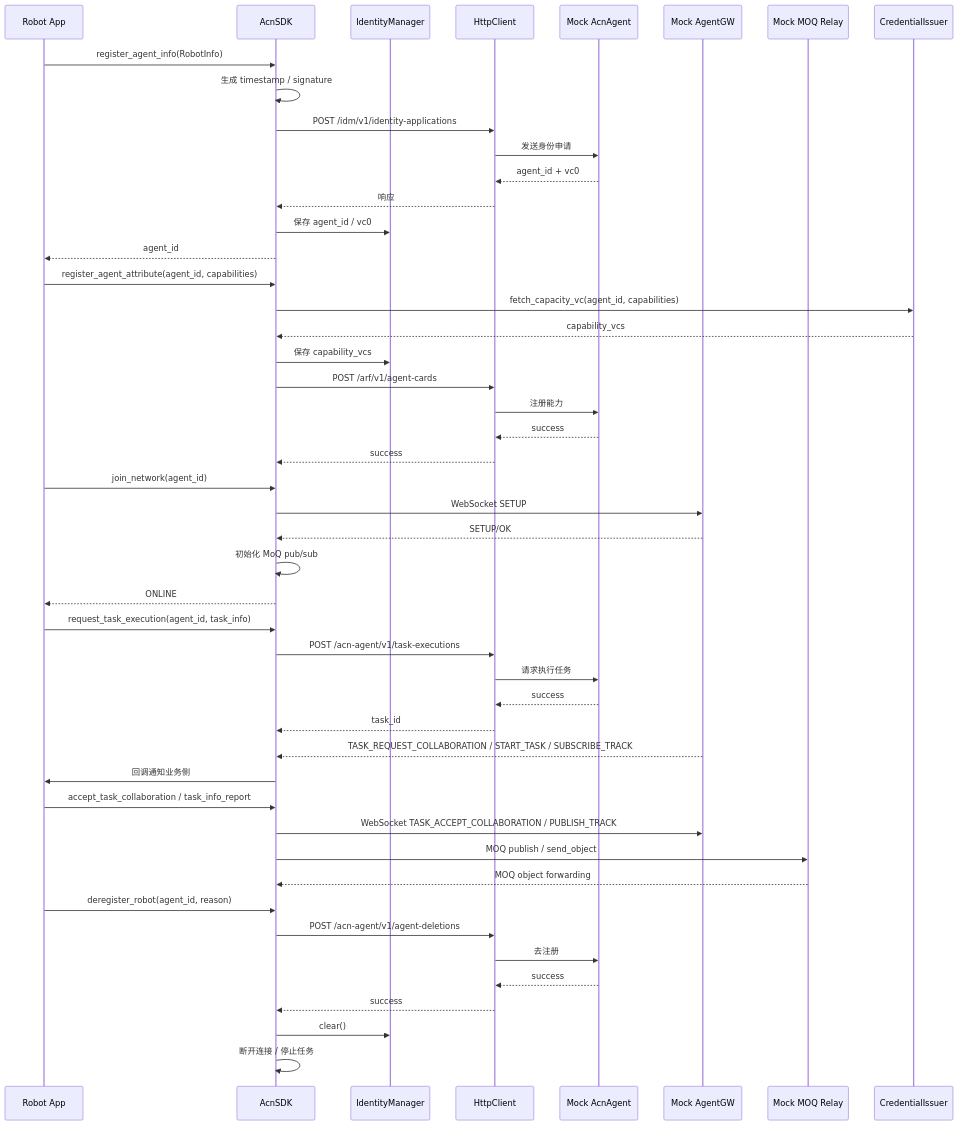
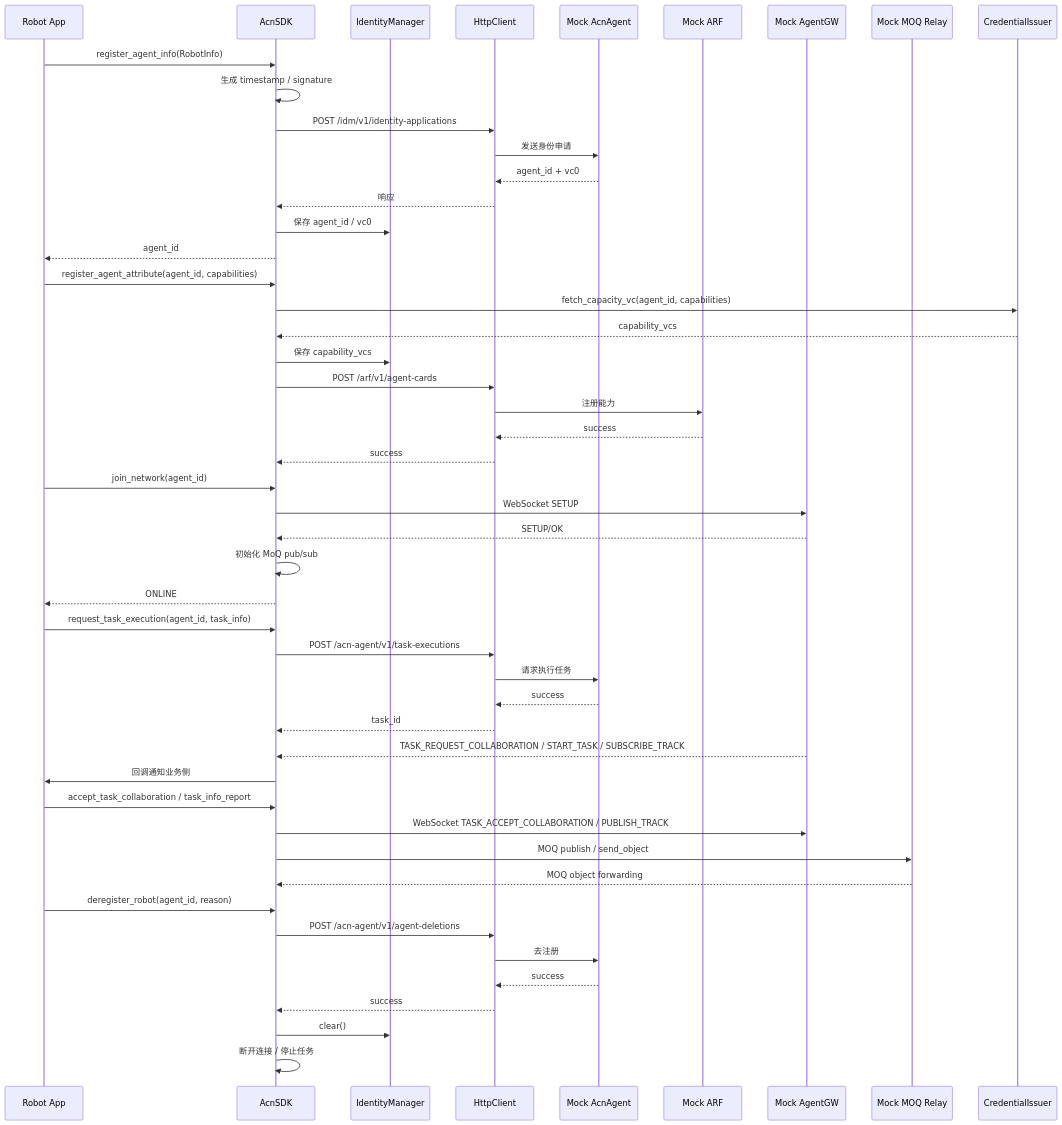
One commit to acore2026/acn_sdk changed the first of 2 diagrams in docs/ARCHITECTURE.md. Above: the diagram before and after it, drawn with Mermaid. The commit also changed other lines of this file and 15 other files, not shown here.

````diff
--- a/docs/ARCHITECTURE.md
+++ b/docs/ARCHITECTURE.md
@@ -37,56 +38,57 @@
 ```mermaid
 sequenceDiagram
     participant Robot as Robot App
     participant SDK as AcnSDK
     participant ID as IdentityManager
     participant HTTP as HttpClient
     participant Agent as Mock AcnAgent
+    participant ARF as Mock ARF
     participant GW as Mock AgentGW
     participant Relay as Mock MOQ Relay
     participant Issuer as CredentialIssuer
 
     Robot->>SDK: register_agent_info(RobotInfo)
     SDK->>SDK: 生成 timestamp / signature
     SDK->>HTTP: POST /idm/v1/identity-applications
     HTTP->>Agent: 发送身份申请
     Agent-->>HTTP: agent_id + vc0
     HTTP-->>SDK: 响应
     SDK->>ID: 保存 agent_id / vc0
     SDK-->>Robot: agent_id
 
     Robot->>SDK: register_agent_attribute(agent_id, capabilities)
     SDK->>Issuer: fetch_capacity_vc(agent_id, capabilities)
     Issuer-->>SDK: capability_vcs
     SDK->>ID: 保存 capability_vcs
     SDK->>HTTP: POST /arf/v1/agent-cards
-    HTTP->>Agent: 注册能力
-    Agent-->>HTTP: success
+    HTTP->>ARF: 注册能力
+    ARF-->>HTTP: success
     HTTP-->>SDK: success
 
     Robot->>SDK: join_network(agent_id)
     SDK->>GW: WebSocket SETUP
     GW-->>SDK: SETUP/OK
     SDK->>SDK: 初始化 MoQ pub/sub
     SDK-->>Robot: ONLINE
 
     Robot->>SDK: request_task_execution(agent_id, task_info)
     SDK->>HTTP: POST /acn-agent/v1/task-executions
     HTTP->>Agent: 请求执行任务
     Agent-->>HTTP: success
     HTTP-->>SDK: task_id
 
     GW-->>SDK: TASK_REQUEST_COLLABORATION / START_TASK / SUBSCRIBE_TRACK
     SDK->>Robot: 回调通知业务侧
     Robot->>SDK: accept_task_collaboration / task_info_report
     SDK->>GW: WebSocket TASK_ACCEPT_COLLABORATION / PUBLISH_TRACK
     SDK->>Relay: MOQ publish / send_object
     Relay-->>SDK: MOQ object forwarding
 
     Robot->>SDK: deregister_robot(agent_id, reason)
     SDK->>HTTP: POST /acn-agent/v1/agent-deletions
     HTTP->>Agent: 去注册
     Agent-->>HTTP: success
     HTTP-->>SDK: success
     SDK->>ID: clear()
     SDK->>SDK: 断开连接 / 停止任务
 ```
````
